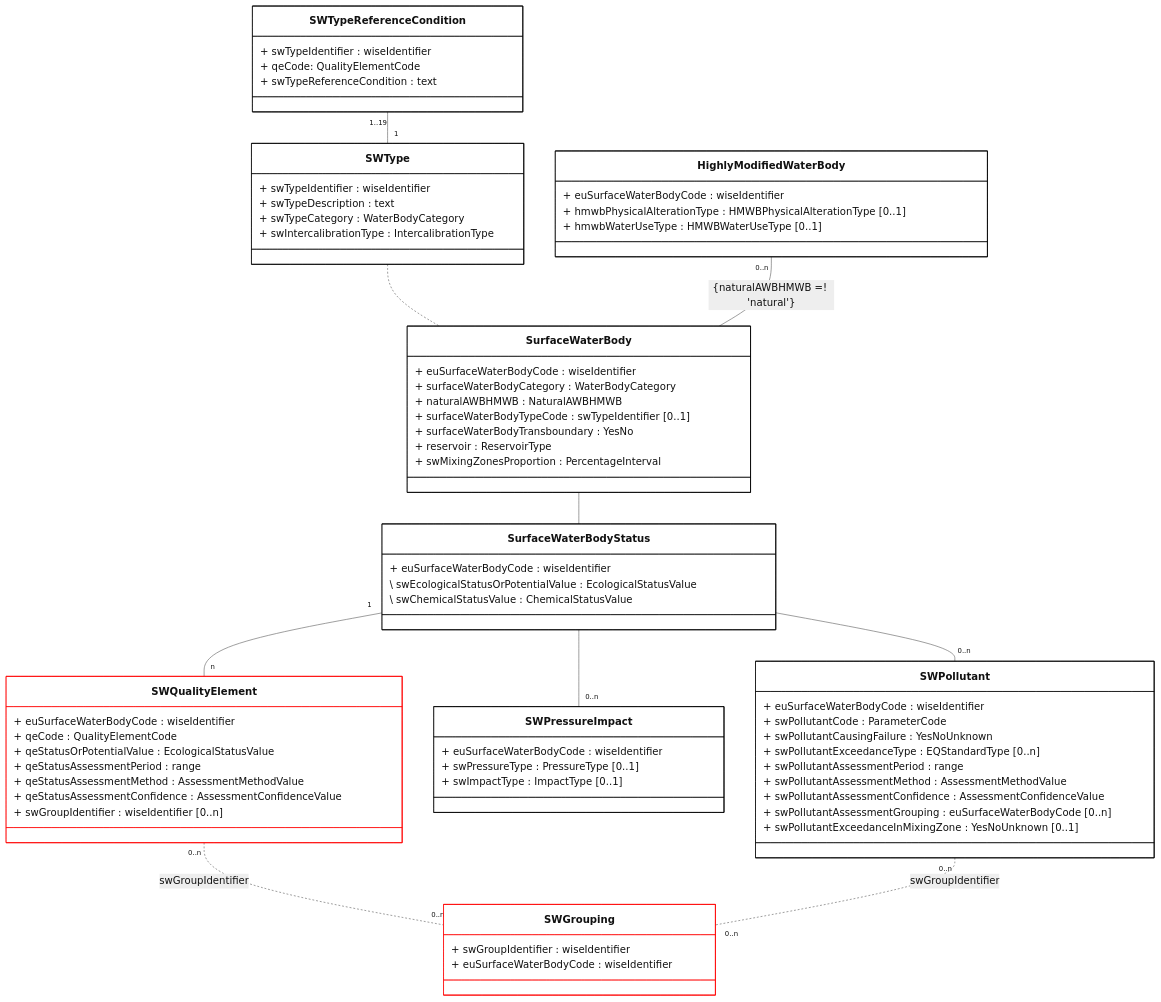
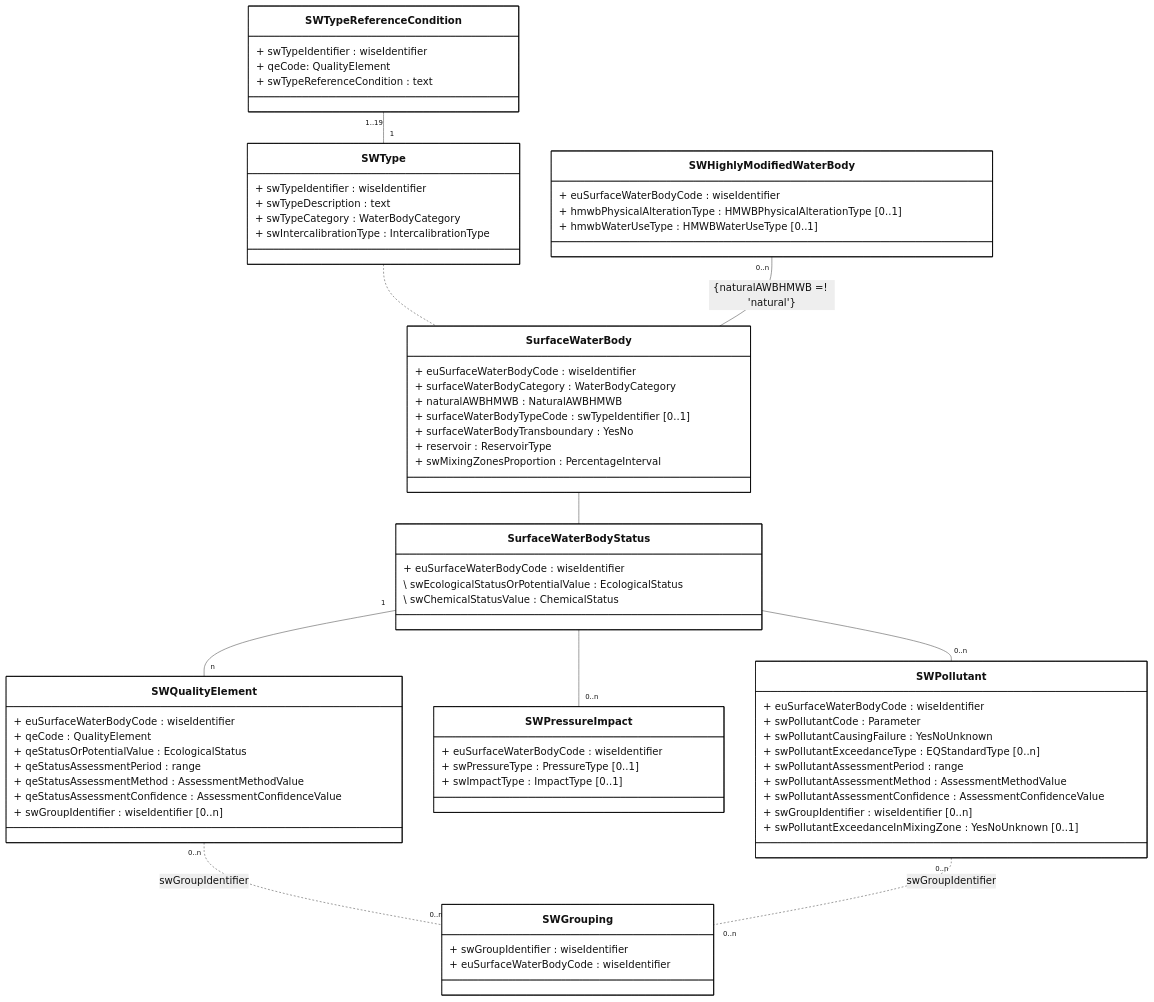
One commit to eeadata/WISE.WFD.Documentation changed the diagram in docs/DataModelReview/mmd/SurfaceWater_4thCycle_DescriptiveData_ClassDiagram.mmd. Above: the diagram before and after it, drawn with Mermaid. The commit also changed 5 other files, not shown here.

```diff
--- a/docs/DataModelReview/mmd/SurfaceWater_4thCycle_DescriptiveData_ClassDiagram.mmd
+++ b/docs/DataModelReview/mmd/SurfaceWater_4thCycle_DescriptiveData_ClassDiagram.mmd
@@ -1,90 +1,90 @@
 ---
 config:
   class:
     hideEmptyMembersBox: true
   layout: dagre
   theme: neutral
 ---
 classDiagram
 direction TB
 
 class SurfaceWaterBody {
     + euSurfaceWaterBodyCode : wiseIdentifier
     + surfaceWaterBodyCategory : WaterBodyCategory
     + naturalAWBHMWB : NaturalAWBHMWB
     + surfaceWaterBodyTypeCode : swTypeIdentifier [0..1]
     + surfaceWaterBodyTransboundary : YesNo
     + reservoir : ReservoirType
     + swMixingZonesProportion : PercentageInterval
 }
 
 class SWType {
     + swTypeIdentifier : wiseIdentifier
     + swTypeDescription : text
     + swTypeCategory : WaterBodyCategory
     + swIntercalibrationType : IntercalibrationType
 }
 
 class SWTypeReferenceCondition {
     + swTypeIdentifier : wiseIdentifier
-    + qeCode: QualityElementCode
+    + qeCode: QualityElement
     + swTypeReferenceCondition : text
 }
 
 class SurfaceWaterBodyStatus {
     + euSurfaceWaterBodyCode : wiseIdentifier
-    \ swEcologicalStatusOrPotentialValue : EcologicalStatusValue
-    \ swChemicalStatusValue : ChemicalStatusValue
+    \ swEcologicalStatusOrPotentialValue : EcologicalStatus
+    \ swChemicalStatusValue : ChemicalStatus
 }
 
 class SWPollutant {
     + euSurfaceWaterBodyCode : wiseIdentifier
-    + swPollutantCode : ParameterCode
+    + swPollutantCode : Parameter
     + swPollutantCausingFailure : YesNoUnknown
     + swPollutantExceedanceType : EQStandardType [0..n]
     + swPollutantAssessmentPeriod : range
     + swPollutantAssessmentMethod : AssessmentMethodValue
     + swPollutantAssessmentConfidence : AssessmentConfidenceValue
-    + swPollutantAssessmentGrouping : euSurfaceWaterBodyCode [0..n]
+    + swGroupIdentifier : wiseIdentifier [0..n]
     + swPollutantExceedanceInMixingZone : YesNoUnknown [0..1]
 }
 
 class SWPressureImpact {
     + euSurfaceWaterBodyCode : wiseIdentifier
     + swPressureType : PressureType [0..1]
     + swImpactType : ImpactType  [0..1]
 }
 
-class HighlyModifiedWaterBody {
+class SWHighlyModifiedWaterBody {
     + euSurfaceWaterBodyCode : wiseIdentifier
     + hmwbPhysicalAlterationType : HMWBPhysicalAlterationType [0..1]
     + hmwbWaterUseType : HMWBWaterUseType [0..1]
 }
 
-class SWQualityElement:::forFixing{
+class SWQualityElement{
     + euSurfaceWaterBodyCode : wiseIdentifier
-    + qeCode : QualityElementCode
-    + qeStatusOrPotentialValue : EcologicalStatusValue
+    + qeCode : QualityElement
+    + qeStatusOrPotentialValue : EcologicalStatus
     + qeStatusAssessmentPeriod : range
     + qeStatusAssessmentMethod : AssessmentMethodValue
     + qeStatusAssessmentConfidence : AssessmentConfidenceValue
     + swGroupIdentifier : wiseIdentifier [0..n]
 }
-class SWGrouping:::forFixing{
+class SWGrouping{
     + swGroupIdentifier : wiseIdentifier
     + euSurfaceWaterBodyCode : wiseIdentifier
 }
 
 SWTypeReferenceCondition "1..19" -- "1" SWType
 SWType .. SurfaceWaterBody
-HighlyModifiedWaterBody "0..n" -- SurfaceWaterBody : {naturalAWBHMWB =! 'natural'}
+SWHighlyModifiedWaterBody "0..n" -- SurfaceWaterBody : {naturalAWBHMWB =! 'natural'}
 SurfaceWaterBody -- SurfaceWaterBodyStatus
 SurfaceWaterBodyStatus "1" -- "n" SWQualityElement
 SurfaceWaterBodyStatus -- "0..n" SWPressureImpact
 SurfaceWaterBodyStatus -- "0..n" SWPollutant
 
 SWQualityElement "0..n" .. "0..n" SWGrouping : swGroupIdentifier
 SWPollutant "0..n" .. "0..n" SWGrouping : swGroupIdentifier
 
 classDef default fill:white,stroke:#000;
 classDef forFixing fill:white,stroke:#f00;
```
